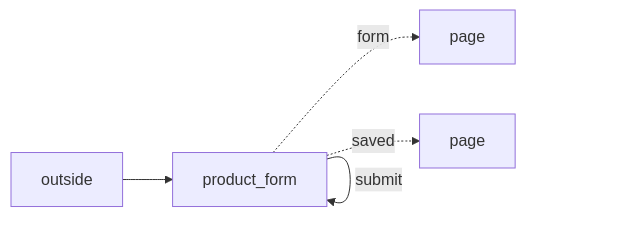
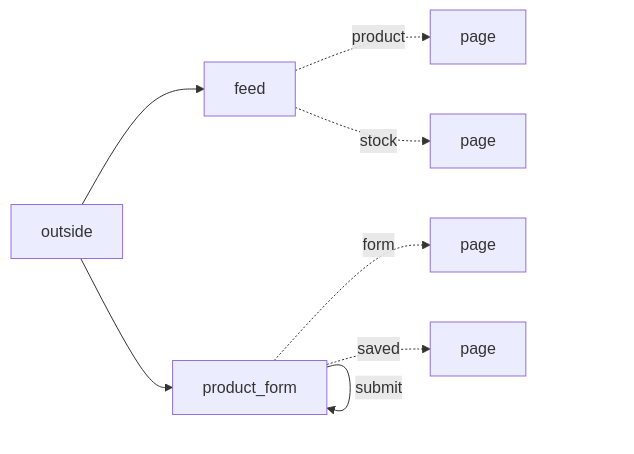
One commit to modellurgist/ala_variants_elixir changed the diagram in v50-plain-liveview/docs/diagrams/running/product_live_index.md. Above: the diagram before and after it, drawn with Mermaid. The commit also changed 2760 other files, not shown here.

````diff
--- a/v50-plain-liveview/docs/diagrams/running/product_live_index.md
+++ b/v50-plain-liveview/docs/diagrams/running/product_live_index.md
@@ -3,7 +3,10 @@
 ```mermaid
 flowchart LR
+  outside --> feed
   outside --> product_form
+  feed -.->|"product"| page_feed_product[page]
+  feed -.->|"stock"| page_feed_stock[page]
   product_form -.->|"form"| page_product_form_form[page]
   product_form -.->|"saved"| page_product_form_saved[page]
   product_form -->|"submit"| product_form
 ```
````
